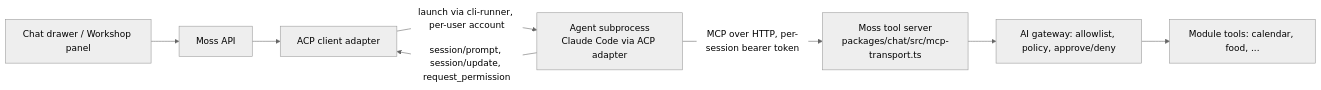
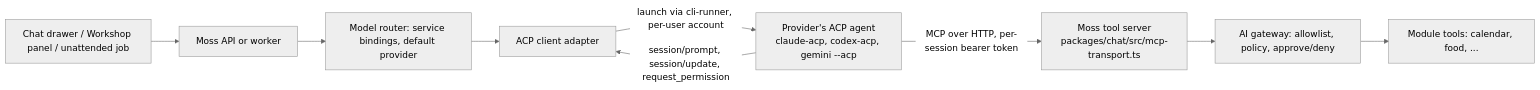
Before and after one commit to motioneso/moss: the diagram in docs/superpowers/specs/2026-09-06-acp-client-design.md, drawn with Mermaid (neutral theme). The commit also changed other lines of this file, not shown here.

First line of the commit message:
docs(acp): revise the ACP spec as the single model interface

````diff
--- a/docs/superpowers/specs/2026-09-06-acp-client-design.md
+++ b/docs/superpowers/specs/2026-09-06-acp-client-design.md
@@ -77,10 +95,11 @@
 ```mermaid
 flowchart LR
-  UI[Chat drawer / Workshop panel] --> Moss[Moss API]
-  Moss --> Adapter[ACP client adapter]
-  Adapter -- launch via cli-runner, per-user account --> Agent[Agent subprocess<br/>Claude Code via ACP adapter]
+  UI[Chat drawer / Workshop panel / unattended job] --> Moss[Moss API or worker]
+  Moss --> Router[Model router: service bindings, default provider]
+  Router --> Adapter[ACP client adapter]
+  Adapter -- launch via cli-runner, per-user account --> Agent[Provider's ACP agent<br/>claude-acp, codex-acp, gemini --acp]
   Agent -- session/prompt, session/update, request_permission --> Adapter
   Agent -- MCP over HTTP, per-session bearer token --> Tools[Moss tool server<br/>packages/chat/src/mcp-transport.ts]
   Tools --> Gateway[AI gateway: allowlist, policy, approve/deny]
   Gateway --> Modules[Module tools: calendar, food, ...]
 ```
````
